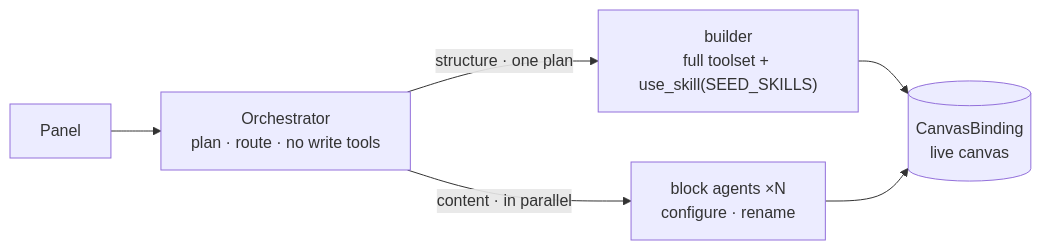
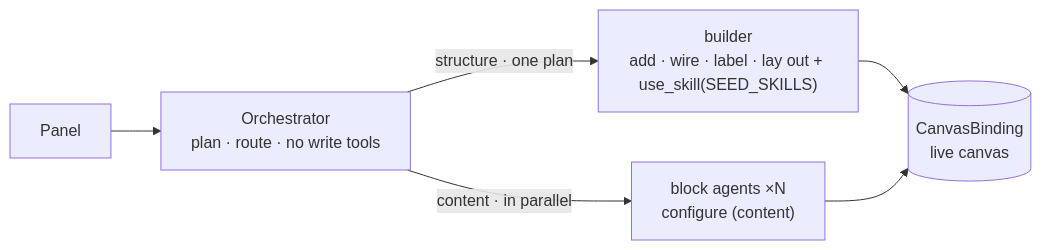
One commit to lemoncloud-io/eureka-flow changed the diagram in docs/browser-agent/README.md. Above: the diagram before and after it, drawn with Mermaid. The commit also changed other lines of this file and 21 other files, not shown here.

First line of the commit message:
refactor(agent): rename is the builder's, added at build time

````diff
--- a/docs/browser-agent/README.md
+++ b/docs/browser-agent/README.md
@@ -32,8 +32,8 @@
 ```mermaid
 flowchart LR
     Panel[Panel] --> Orch["Orchestrator<br/>plan · route · no write tools"]
-    Orch -->|"structure · one plan"| B["builder<br/>full toolset + use_skill(SEED_SKILLS)"]
-    Orch -->|"content · in parallel"| BA["block agents ×N<br/>configure · rename"]
+    Orch -->|"structure · one plan"| B["builder<br/>add · wire · label · lay out + use_skill(SEED_SKILLS)"]
+    Orch -->|"content · in parallel"| BA["block agents ×N<br/>configure (content)"]
     B --> CB[("CanvasBinding<br/>live canvas")]
     BA --> CB
 ```
````
